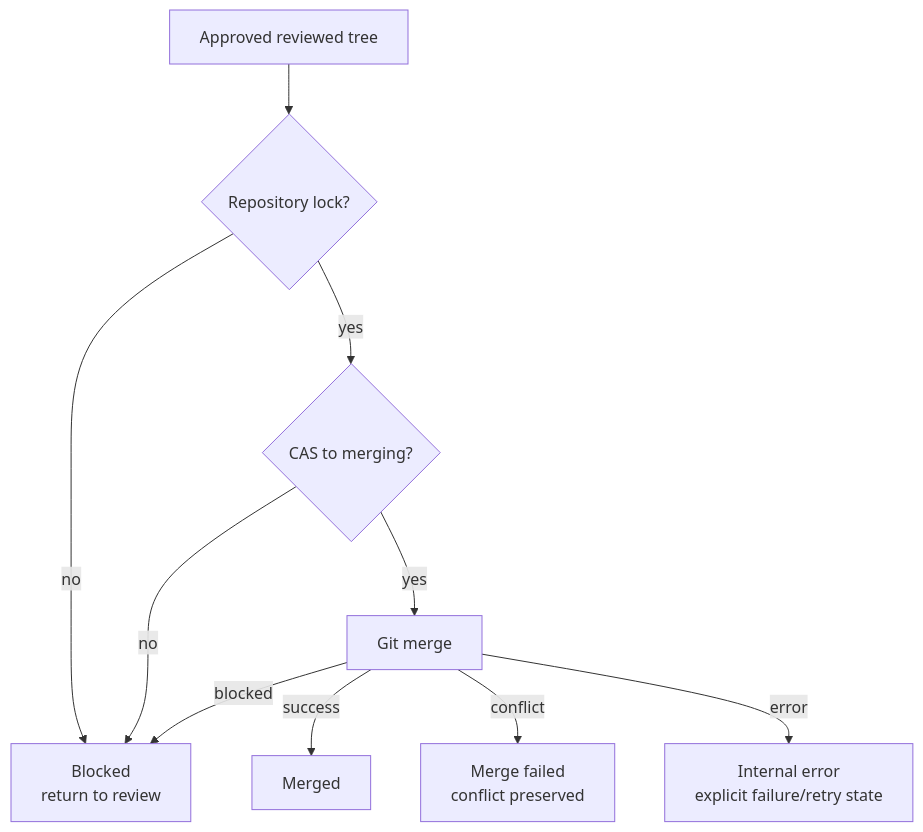
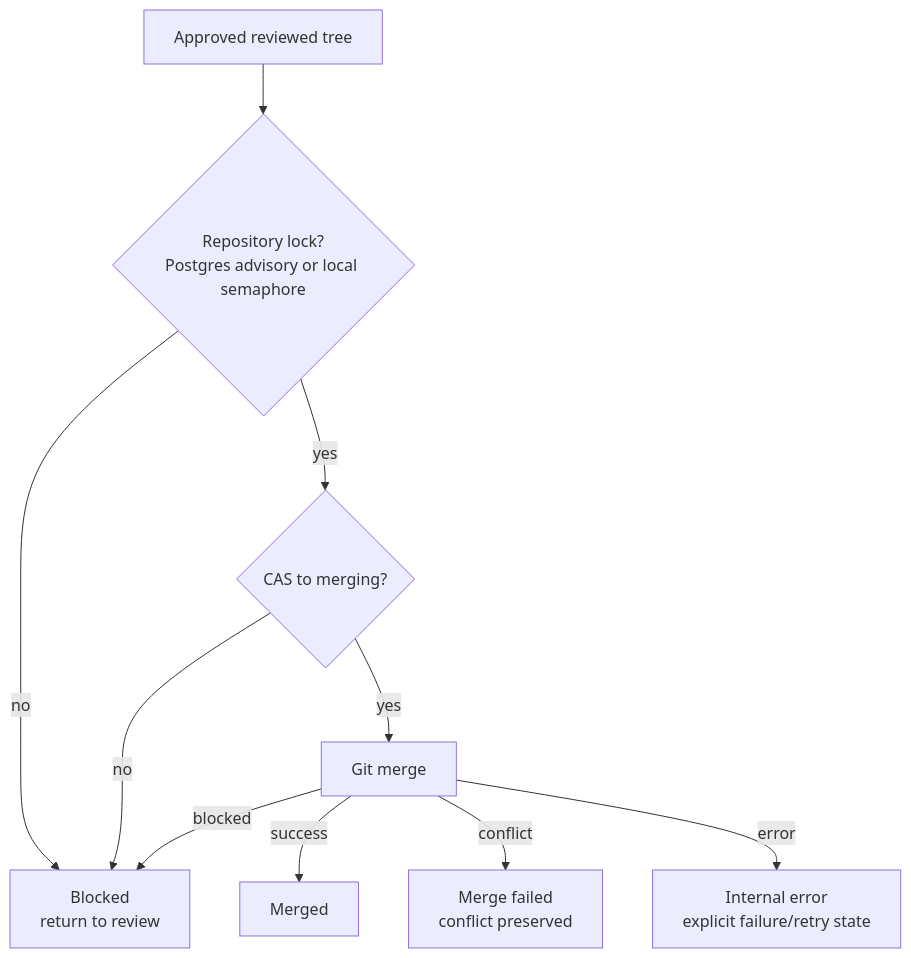
The seventh of 7 diagrams in docs/deep-dive/review-merge.md (sabbour/agentweaver), drawn with Mermaid before and after one commit. The commit also changed other lines of this file and 1 other file, not shown here.

````diff
--- a/docs/deep-dive/review-merge.md
+++ b/docs/deep-dive/review-merge.md
@@ -263,21 +263,21 @@
 ```mermaid
 flowchart TD
     Approved[Approved reviewed tree]
-    Lock{Repository lock?}
+    Lock{Repository lock?<br/>Postgres advisory or local semaphore}
     Cas{CAS to merging?}
     GitMerge[Git merge]
     Success[Merged]
     Conflict[Merge failed<br/>conflict preserved]
     Blocked[Blocked<br/>return to review]
     Error[Internal error<br/>explicit failure/retry state]
 
     Approved --> Lock
     Lock -- no --> Blocked
     Lock -- yes --> Cas
     Cas -- no --> Blocked
     Cas -- yes --> GitMerge
     GitMerge -- success --> Success
     GitMerge -- conflict --> Conflict
     GitMerge -- blocked --> Blocked
     GitMerge -- error --> Error
 ```
````
